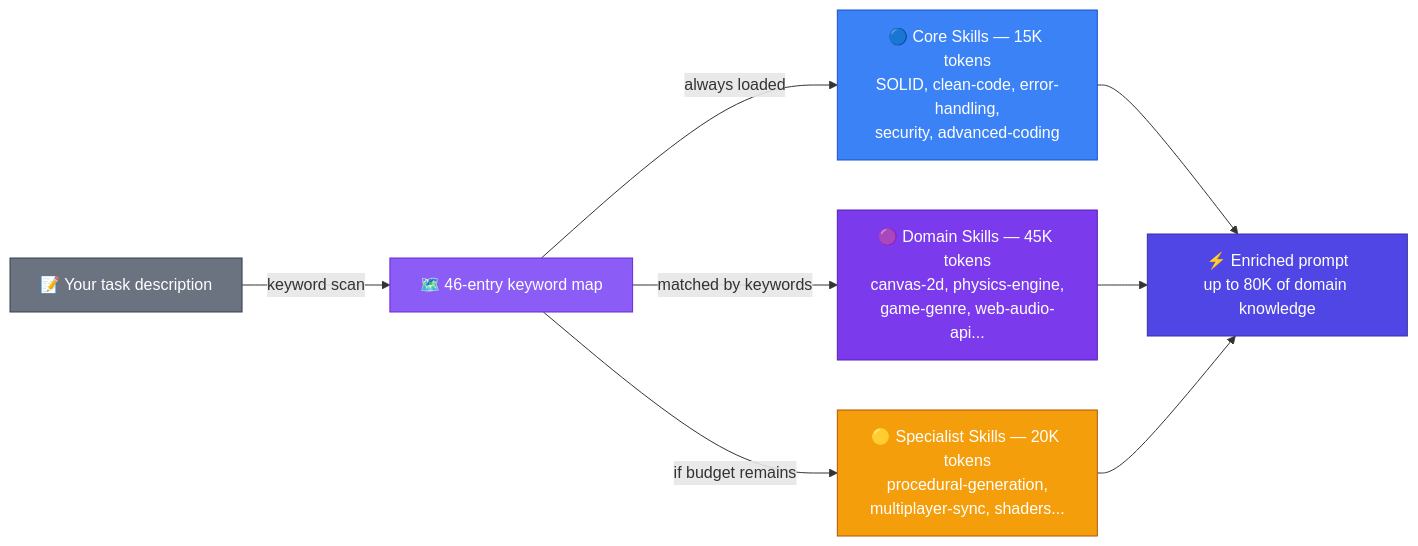
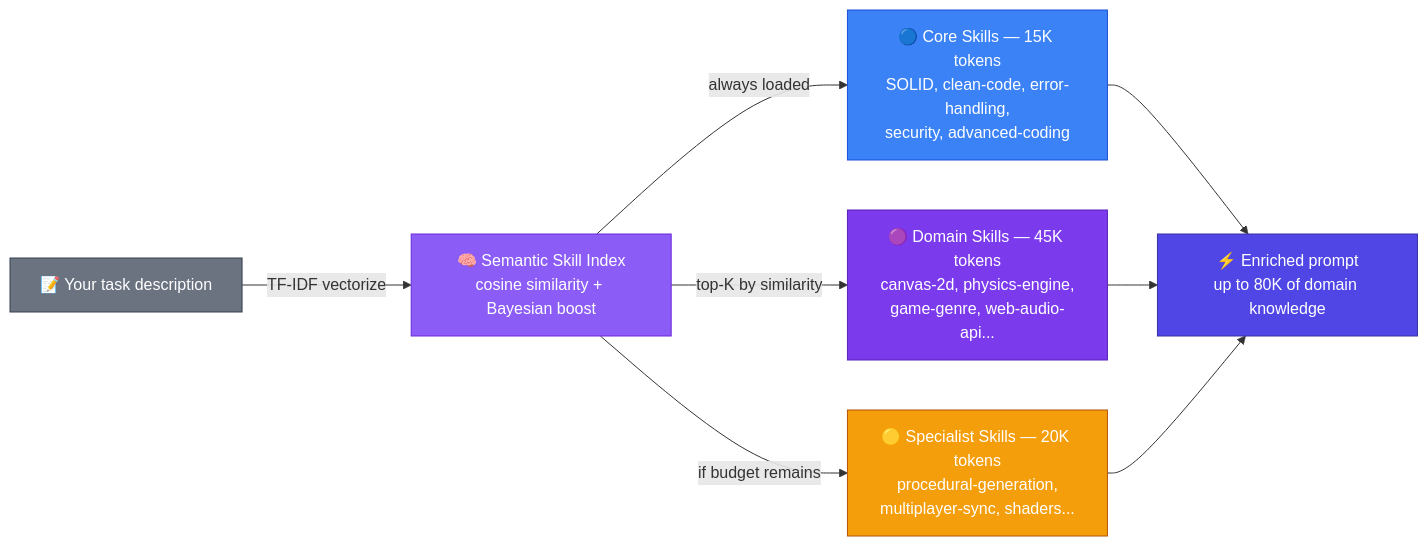
The third of 5 diagrams in README.md (Galidar/DeepSeekCode), drawn with Mermaid before and after one commit. The commit also changed other lines of this file and 4 other files, not shown here.

First line of the commit message:
v2.3.0: Actualizar documentacion y plugin con Semantic Engine

````diff
--- a/README.md
+++ b/README.md
@@ -210,19 +212,19 @@
 ```mermaid
 graph LR
-    TASK["📝 Your task description"] -->|"keyword scan"| MAP["🗺️ 46-entry keyword map"]
+    TASK["📝 Your task description"] -->|"TF-IDF vectorize"| MAP["🧠 Semantic Skill Index<br/>cosine similarity + Bayesian boost"]
 
     MAP -->|"always loaded"| CORE["🔵 Core Skills — 15K tokens<br/>SOLID, clean-code, error-handling,<br/>security, advanced-coding"]
-    MAP -->|"matched by keywords"| DOMAIN["🟣 Domain Skills — 45K tokens<br/>canvas-2d, physics-engine,<br/>game-genre, web-audio-api..."]
+    MAP -->|"top-K by similarity"| DOMAIN["🟣 Domain Skills — 45K tokens<br/>canvas-2d, physics-engine,<br/>game-genre, web-audio-api..."]
     MAP -->|"if budget remains"| SPEC["🟡 Specialist Skills — 20K tokens<br/>procedural-generation,<br/>multiplayer-sync, shaders..."]
 
     CORE --> PROMPT["⚡ Enriched prompt<br/>up to 80K of domain knowledge"]
     DOMAIN --> PROMPT
     SPEC --> PROMPT
 
     style TASK fill:#6B7280,stroke:#374151,color:#fff
     style MAP fill:#8B5CF6,stroke:#6D28D9,color:#fff
     style CORE fill:#3B82F6,stroke:#1D4ED8,color:#fff
     style DOMAIN fill:#7C3AED,stroke:#5B21B6,color:#fff
     style SPEC fill:#F59E0B,stroke:#B45309,color:#fff
     style PROMPT fill:#4F46E5,stroke:#3730A3,color:#fff
 ```
````
